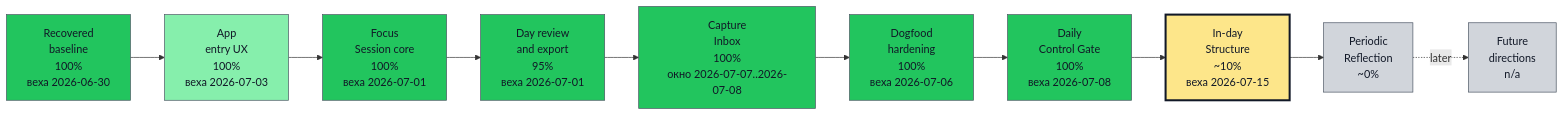
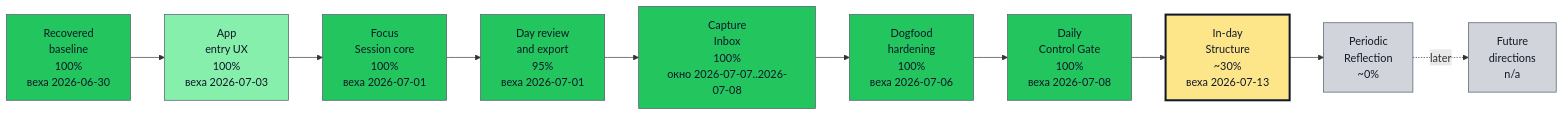
The first of 2 diagrams in docs/roadmap/opskarta.md (asukhodko/timeskein), drawn with Mermaid before and after one commit. The commit also changed other lines of this file and 12 other files, not shown here.

````diff
--- a/docs/roadmap/opskarta.md
+++ b/docs/roadmap/opskarta.md
@@ -58,44 +58,44 @@
 ```mermaid
 flowchart LR
 
     classDef exec_done fill:#22c55e,stroke:#4b5563,color:#111827,stroke-width:1px
     classDef exec_in_progress fill:#0ea5e9,stroke:#4b5563,color:#111827,stroke-width:1px
     classDef exec_blocked fill:#fecaca,stroke:#4b5563,color:#111827,stroke-width:1px
     classDef exec_not_started fill:#9ca3af,stroke:#4b5563,color:#111827,stroke-width:1px
     classDef exec_mgmt_green fill:#86efac,stroke:#4b5563,color:#111827,stroke-width:1px
     classDef exec_mgmt_yellow fill:#fde68a,stroke:#4b5563,color:#111827,stroke-width:1px
     classDef exec_mgmt_red fill:#fca5a5,stroke:#4b5563,color:#111827,stroke-width:1px
     classDef exec_mgmt_neutral fill:#d1d5db,stroke:#4b5563,color:#111827,stroke-width:1px
 
     recovered_baseline["Recovered<br/>baseline<br/>100%<br/>веха 2026-06-30"]
     class recovered_baseline exec_done
     app_entry_ux["App<br/>entry UX<br/>100%<br/>веха 2026-07-03"]
     class app_entry_ux exec_mgmt_green
     focus_session_core["Focus<br/>Session core<br/>100%<br/>веха 2026-07-01"]
     class focus_session_core exec_done
     day_review_export["Day review<br/>and export<br/>95%<br/>веха 2026-07-01"]
     class day_review_export exec_done
     capture_inbox["Capture<br/>Inbox<br/>100%<br/>окно 2026-07-07..2026-07-08"]
     class capture_inbox exec_done
     dogfood_hardening["Dogfood<br/>hardening<br/>100%<br/>веха 2026-07-06"]
     class dogfood_hardening exec_done
     daily_control_gate["Daily<br/>Control Gate<br/>100%<br/>веха 2026-07-08"]
     class daily_control_gate exec_done
-    in_day_structure["In-day<br/>Structure<br/>~10%<br/>веха 2026-07-15"]
+    in_day_structure["In-day<br/>Structure<br/>~30%<br/>веха 2026-07-13"]
     class in_day_structure exec_mgmt_yellow
     style in_day_structure stroke:#111827,stroke-width:3px
     periodic_reflection["Periodic<br/>Reflection<br/>~0%"]
     class periodic_reflection exec_mgmt_neutral
     future_directions["Future<br/>directions<br/>n/a"]
     class future_directions exec_mgmt_neutral
 
     recovered_baseline --> app_entry_ux
     app_entry_ux --> focus_session_core
     focus_session_core --> day_review_export
     day_review_export --> capture_inbox
     capture_inbox --> dogfood_hardening
     dogfood_hardening --> daily_control_gate
     daily_control_gate --> in_day_structure
     in_day_structure --> periodic_reflection
     periodic_reflection -. later .-> future_directions
 ```
````
